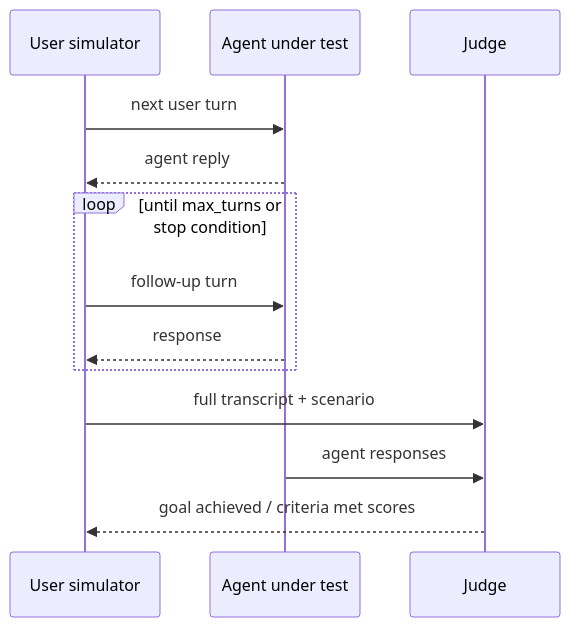
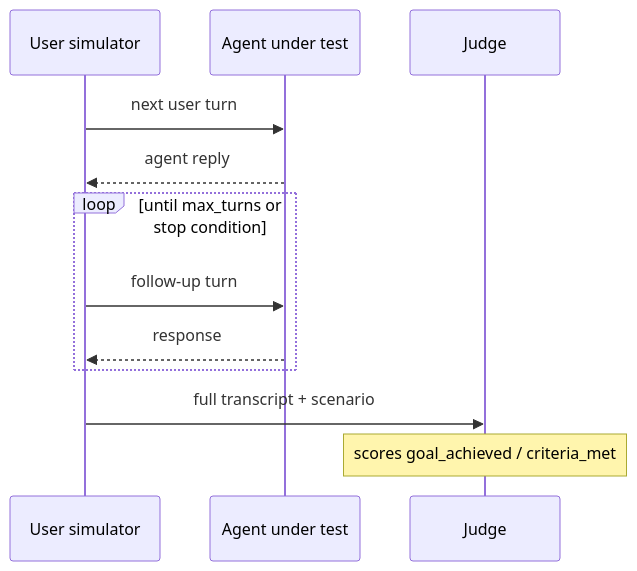
Before and after one commit to orq-ai/evaluatorq: the diagram in docs/guides/agent-simulation.md, drawn with Mermaid. The commit also changed other lines of this file and 5 other files, not shown here.

````diff
--- a/docs/guides/agent-simulation.md
+++ b/docs/guides/agent-simulation.md
@@ -28,16 +28,15 @@
 ```mermaid
 sequenceDiagram
     participant U as User simulator
     participant A as Agent under test
     participant J as Judge
 
     U->>A: next user turn
     A-->>U: agent reply
     loop until max_turns or stop condition
         U->>A: follow-up turn
         A-->>U: response
     end
     U->>J: full transcript + scenario
-    A->>J: agent responses
-    J-->>U: goal achieved / criteria met scores
+    Note over J: scores goal_achieved / criteria_met
 ```
````
